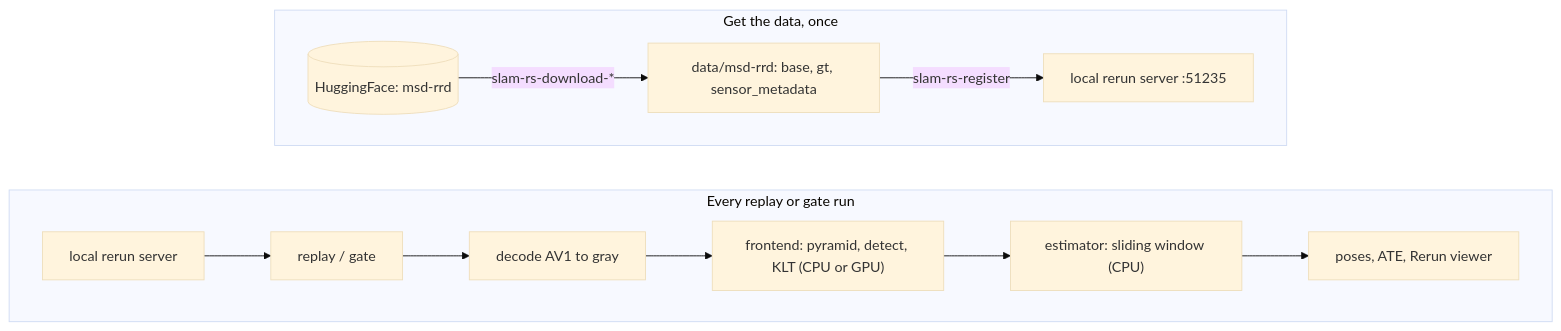
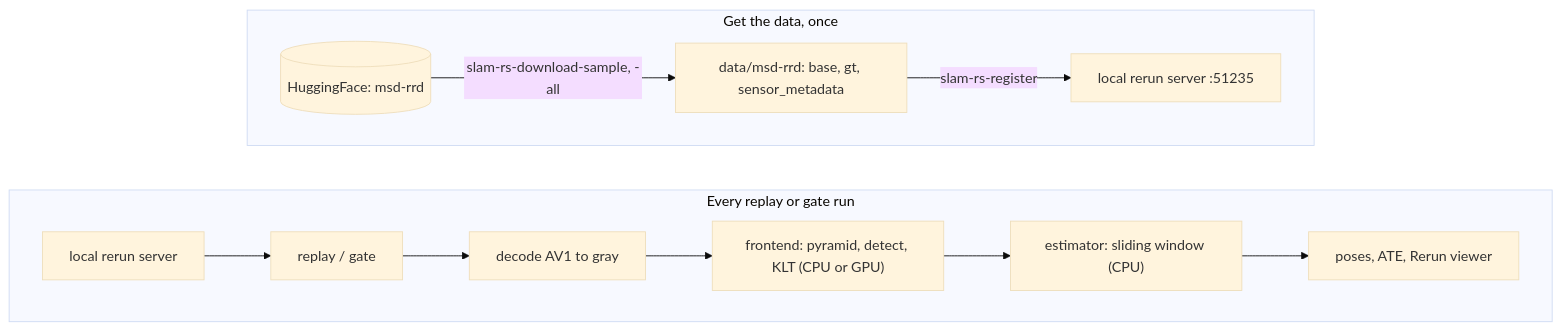
Before and after one commit to rerun-io/examples-monorepo: the diagram in packages/slam-rs/README.md, drawn with Mermaid (base theme). The commit also changed other lines of this file and 1 other file, not shown here.

Commit message:
slam-rs README: two download tiers, sample and all

````diff
--- a/packages/slam-rs/README.md
+++ b/packages/slam-rs/README.md
@@ -44,17 +44,17 @@
 ```mermaid
 flowchart TB
     subgraph data["Get the data, once"]
         direction LR
-        HF[("HuggingFace: msd-rrd")] -->|slam-rs-download-*| DATA["data/msd-rrd: base, gt, sensor_metadata"]
+        HF[("HuggingFace: msd-rrd")] -->|slam-rs-download-sample, -all| DATA["data/msd-rrd: base, gt, sensor_metadata"]
         DATA -->|slam-rs-register| CAT["local rerun server :51235"]
     end
     subgraph run["Every replay or gate run"]
         direction LR
         CAT2["local rerun server"] --> TOOL["replay / gate"]
         TOOL --> DEC["decode AV1 to gray"]
         DEC --> FE["frontend: pyramid, detect, KLT (CPU or GPU)"]
         FE --> EST["estimator: sliding window (CPU)"]
         EST --> OUT["poses, ATE, Rerun viewer"]
     end
     data ~~~ run
 ```
````
